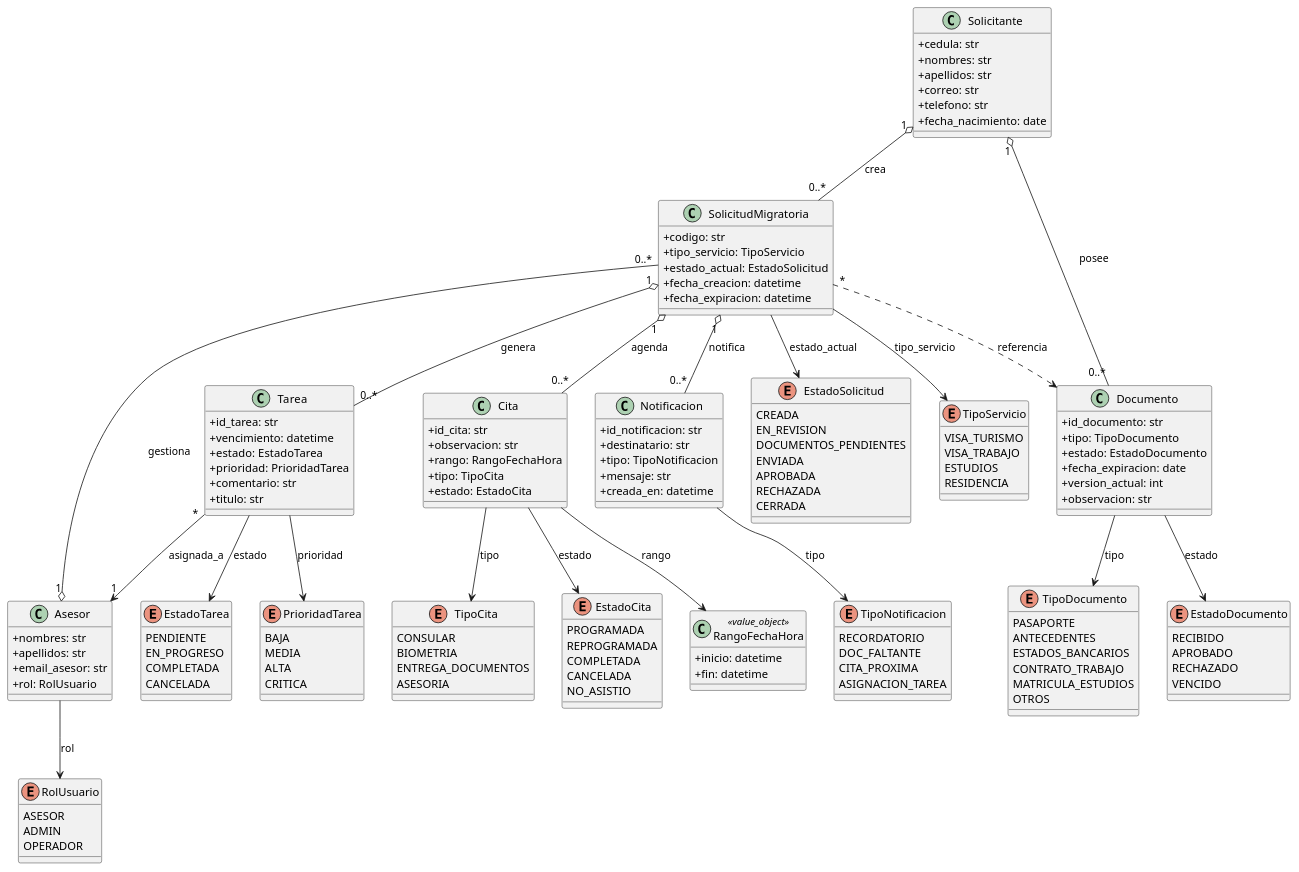
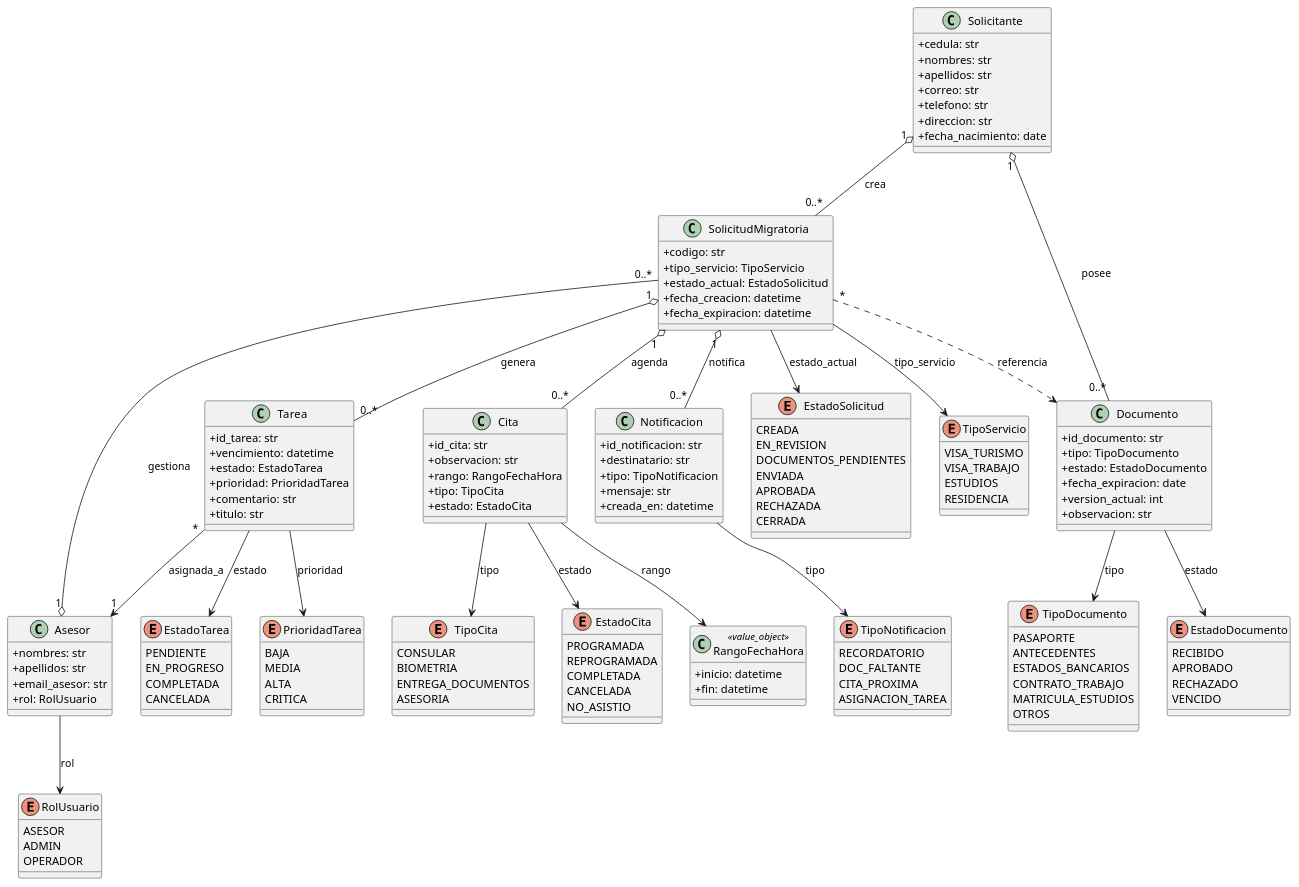
The diagram in docs/DiagramaDeClases.puml (Zooval/SGPM), drawn with PlantUML before and after one commit. The commit also changed 5 other files, not shown here.

```diff
--- a/docs/DiagramaDeClases.puml
+++ b/docs/DiagramaDeClases.puml
@@ -1,180 +1,181 @@
 @startuml
 ' https://plantuml.com/class-diagram
 
 skinparam classAttributeIconSize 0
 
 ' ===== Value Objects / Tipos =====
 class RangoFechaHora <<value_object>> {
   +inicio: datetime
   +fin: datetime
 }
 
 ' ===== Clases =====
 class Solicitante {
   +cedula: str
   +nombres: str
   +apellidos: str
   +correo: str
   +telefono: str
+  +direccion: str
   +fecha_nacimiento: date
 }
 
 class Asesor {
   +nombres: str
   +apellidos: str
   +email_asesor: str
   +rol: RolUsuario
 }
 
 class SolicitudMigratoria {
   +codigo: str
   +tipo_servicio: TipoServicio
   +estado_actual: EstadoSolicitud
   +fecha_creacion: datetime
   +fecha_expiracion: datetime
 }
 
 class Documento {
   +id_documento: str
   +tipo: TipoDocumento
   +estado: EstadoDocumento
   +fecha_expiracion: date
   +version_actual: int
   +observacion: str
 }
 
 class Cita {
   +id_cita: str
   +observacion: str
   +rango: RangoFechaHora
   +tipo: TipoCita
   +estado: EstadoCita
 }
 
 class Tarea {
   +id_tarea: str
   +vencimiento: datetime
   +estado: EstadoTarea
   +prioridad: PrioridadTarea
   +comentario: str
   +titulo: str
 }
 
 class Notificacion {
   +id_notificacion: str
   +destinatario: str
   +tipo: TipoNotificacion
   +mensaje: str
   +creada_en: datetime
 }
 
 ' ===== Relaciones (negocio) =====
 Solicitante "1" o-- "0..*" Documento : posee
 Solicitante "1" o-- "0..*" SolicitudMigratoria : crea
 
 Asesor "1" o-- "0..*" SolicitudMigratoria : gestiona
 
 SolicitudMigratoria "1" o-- "0..*" Cita : agenda
 SolicitudMigratoria "1" o-- "0..*" Tarea : genera
 SolicitudMigratoria "1" o-- "0..*" Notificacion : notifica
 
 Tarea "*" --> "1" Asesor : asignada_a
 
 ' (Opcional) La solicitud referencia docs del solicitante (no los posee)
 SolicitudMigratoria "*" ..> Documento : referencia
 
 ' ===== Enums =====
 enum RolUsuario {
   ASESOR
   ADMIN
   OPERADOR
 }
 
 enum EstadoSolicitud {
   CREADA
   EN_REVISION
   DOCUMENTOS_PENDIENTES
   ENVIADA
   APROBADA
   RECHAZADA
   CERRADA
 }
 
 enum TipoServicio {
   VISA_TURISMO
   VISA_TRABAJO
   ESTUDIOS
   RESIDENCIA
 }
 
 enum TipoDocumento {
   PASAPORTE
   ANTECEDENTES
   ESTADOS_BANCARIOS
   CONTRATO_TRABAJO
   MATRICULA_ESTUDIOS
   OTROS
 }
 
 enum EstadoDocumento {
   RECIBIDO
   APROBADO
   RECHAZADO
   VENCIDO
 }
 
 enum EstadoTarea {
   PENDIENTE
   EN_PROGRESO
   COMPLETADA
   CANCELADA
 }
 
 enum PrioridadTarea {
   BAJA
   MEDIA
   ALTA
   CRITICA
 }
 
 enum TipoCita {
   CONSULAR
   BIOMETRIA
   ENTREGA_DOCUMENTOS
   ASESORIA
 }
 
 enum EstadoCita {
   PROGRAMADA
   REPROGRAMADA
   COMPLETADA
   CANCELADA
   NO_ASISTIO
 }
 
 enum TipoNotificacion {
   RECORDATORIO
   DOC_FALTANTE
   CITA_PROXIMA
   ASIGNACION_TAREA
 }
 
 ' ===== Unir enums con las clases que los "tienen" =====
 Asesor --> RolUsuario : rol
 
 SolicitudMigratoria --> TipoServicio : tipo_servicio
 SolicitudMigratoria --> EstadoSolicitud : estado_actual
 
 Documento --> TipoDocumento : tipo
 Documento --> EstadoDocumento : estado
 
 Cita --> TipoCita : tipo
 Cita --> EstadoCita : estado
 Cita --> RangoFechaHora : rango
 
 Tarea --> EstadoTarea : estado
 Tarea --> PrioridadTarea : prioridad
 
 Notificacion --> TipoNotificacion : tipo
 
 @enduml
```
